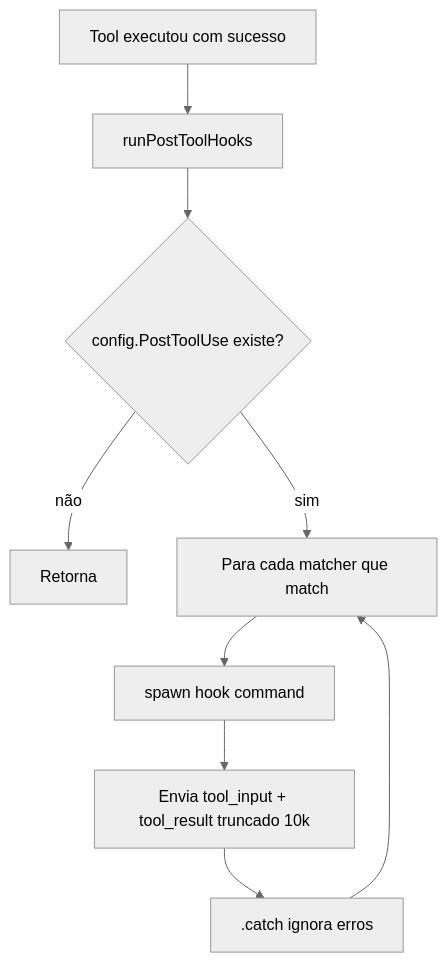
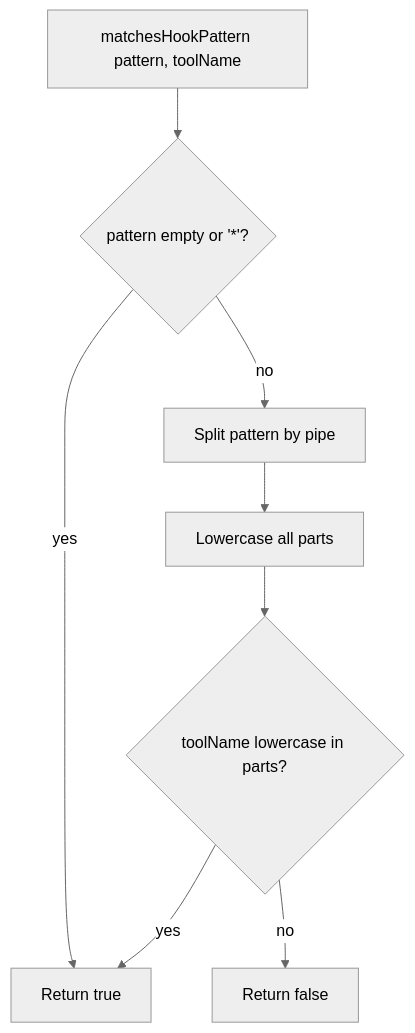
One commit to Hermenics/deepseek-code changed the fourth of 4 diagrams in _reversa_sdd/flowcharts/hooks.md. Above: the diagram before and after it, drawn with Mermaid (neutral theme). The commit also changed other lines of this file and 75 other files, not shown here.

First line of the commit message:
docs(sdd): translate ADRs and architecture docs to English, reorganize proxy module

````diff
--- a/_reversa_sdd/flowcharts/hooks.md
+++ b/_reversa_sdd/flowcharts/hooks.md
@@ -47,11 +77,10 @@
 ```mermaid
 flowchart TD
-    A[Tool executou com sucesso] --> B[runPostToolHooks]
-    B --> C{config.PostToolUse existe?}
-    C -->|não| D[Retorna]
-    C -->|sim| E[Para cada matcher que match]
-    E --> F[spawn hook command]
-    F --> G[Envia tool_input + tool_result truncado 10k]
-    G --> H[.catch ignora erros]
-    H --> E
+    A[matchesHookPattern pattern, toolName] --> B{pattern empty or '*'?}
+    B -->|yes| C[Return true]
+    B -->|no| D[Split pattern by pipe]
+    D --> E[Lowercase all parts]
+    E --> F{toolName lowercase in parts?}
+    F -->|yes| C
+    F -->|no| G[Return false]
 ```
````
